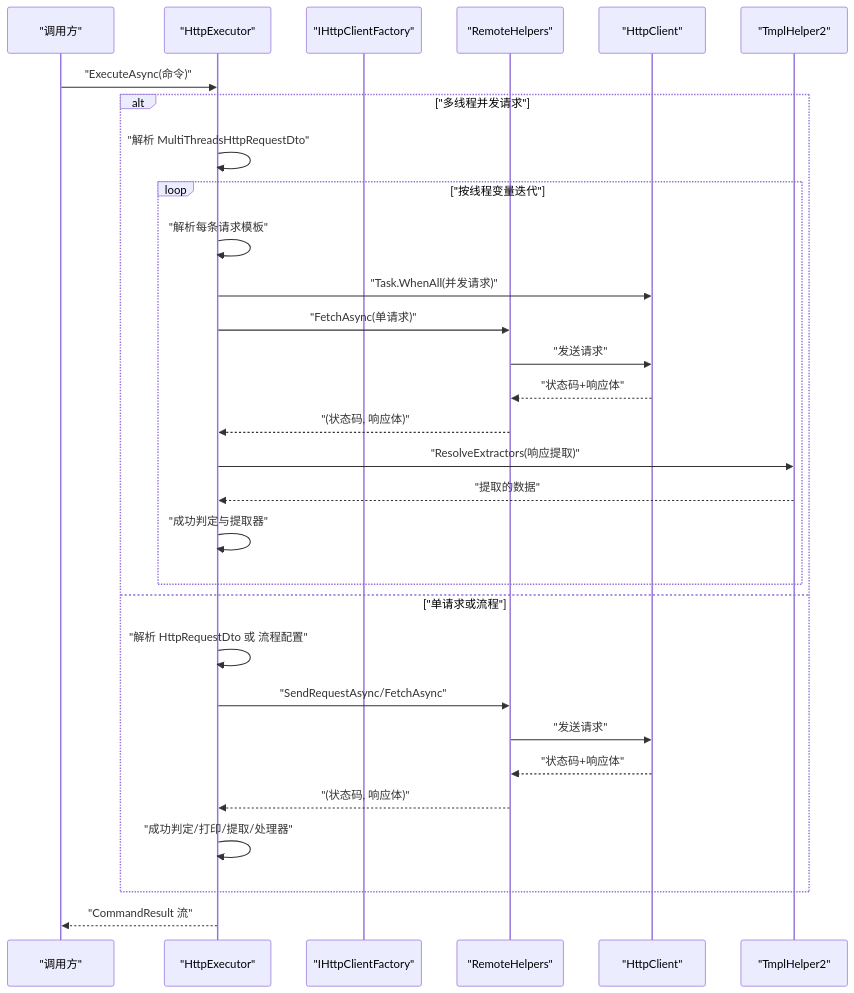
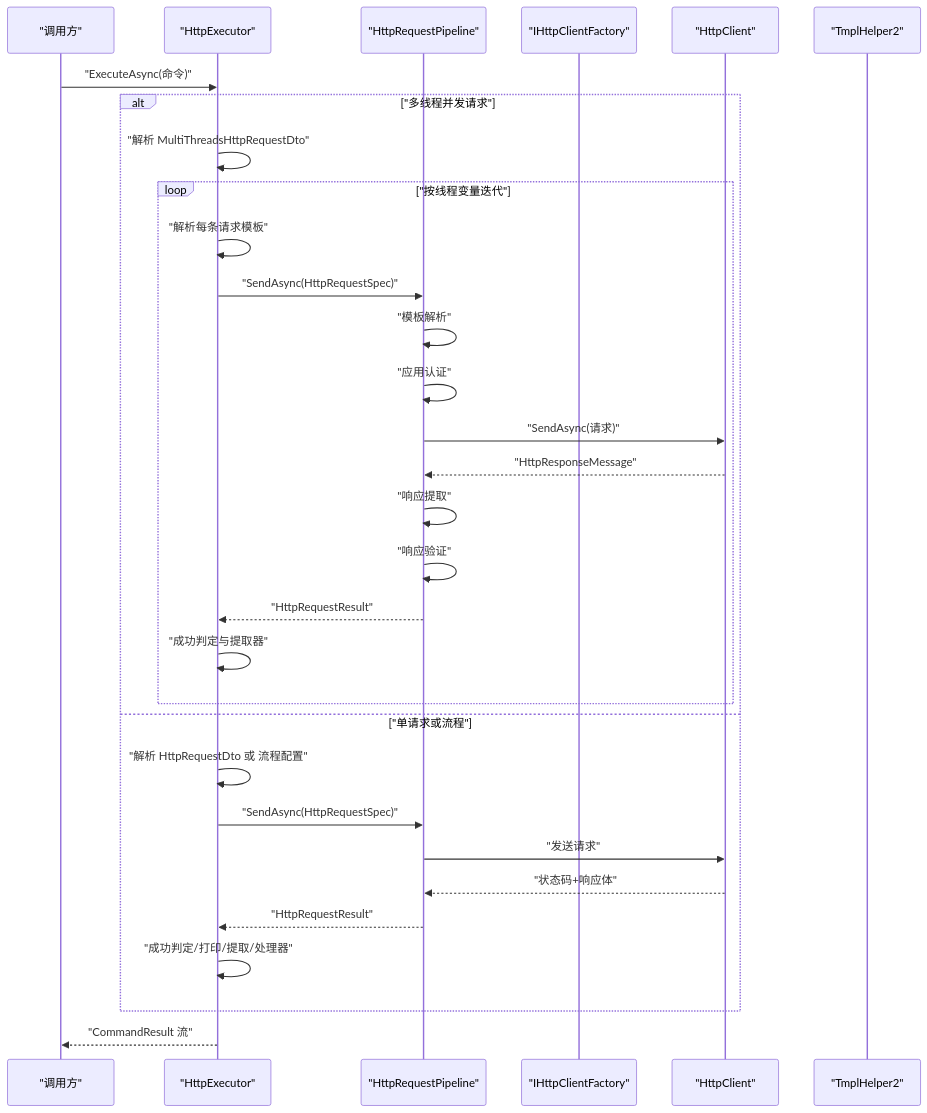
One commit to Sosososolong/AirGo changed the second of 5 diagrams in .qoder/repowiki/zh/content/项目概述/核心特性/工具库系统/HTTP 请求执行器.md. Above: the diagram before and after it, drawn with Mermaid. The commit also changed other lines of this file and 7 other files, not shown here.

````diff
--- a/.qoder/repowiki/zh/content/项目概述/核心特性/工具库系统/HTTP 请求执行器.md
+++ b/.qoder/repowiki/zh/content/项目概述/核心特性/工具库系统/HTTP 请求执行器.md
@@ -126,32 +159,33 @@
 ```mermaid
 sequenceDiagram
 participant Caller as "调用方"
 participant Exec as "HttpExecutor"
+participant Pipeline as "HttpRequestPipeline"
 participant Factory as "IHttpClientFactory"
-participant Helper as "RemoteHelpers"
 participant Net as "HttpClient"
 participant Tmpl as "TmplHelper2"
 Caller->>Exec : "ExecuteAsync(命令)"
 alt "多线程并发请求"
 Exec->>Exec : "解析 MultiThreadsHttpRequestDto"
 loop "按线程变量迭代"
 Exec->>Exec : "解析每条请求模板"
-Exec->>Net : "Task.WhenAll(并发请求)"
-Exec->>Helper : "FetchAsync(单请求)"
-Helper->>Net : "发送请求"
-Net-->>Helper : "状态码+响应体"
-Helper-->>Exec : "(状态码, 响应体)"
-Exec->>Tmpl : "ResolveExtractors(响应提取)"
-Tmpl-->>Exec : "提取的数据"
+Exec->>Pipeline : "SendAsync(HttpRequestSpec)"
+Pipeline->>Pipeline : "模板解析"
+Pipeline->>Pipeline : "应用认证"
+Pipeline->>Net : "SendAsync(请求)"
+Net-->>Pipeline : "HttpResponseMessage"
+Pipeline->>Pipeline : "响应提取"
+Pipeline->>Pipeline : "响应验证"
+Pipeline-->>Exec : "HttpRequestResult"
 Exec->>Exec : "成功判定与提取器"
 end
 else "单请求或流程"
 Exec->>Exec : "解析 HttpRequestDto 或 流程配置"
-Exec->>Helper : "SendRequestAsync/FetchAsync"
-Helper->>Net : "发送请求"
-Net-->>Helper : "状态码+响应体"
-Helper-->>Exec : "(状态码, 响应体)"
+Exec->>Pipeline : "SendAsync(HttpRequestSpec)"
+Pipeline->>Net : "发送请求"
+Net-->>Pipeline : "状态码+响应体"
+Pipeline-->>Exec : "HttpRequestResult"
 Exec->>Exec : "成功判定/打印/提取/处理器"
 end
 Exec-->>Caller : "CommandResult 流"
 ```
````
